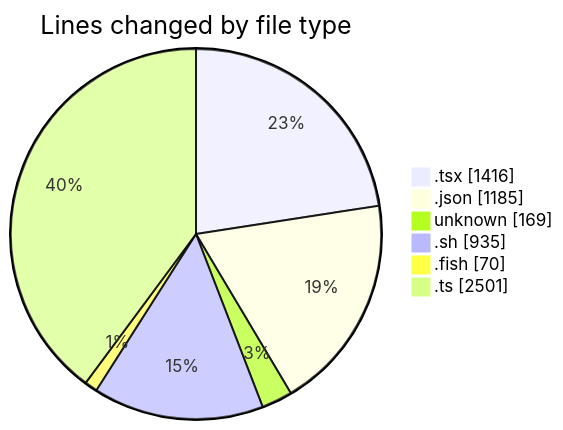
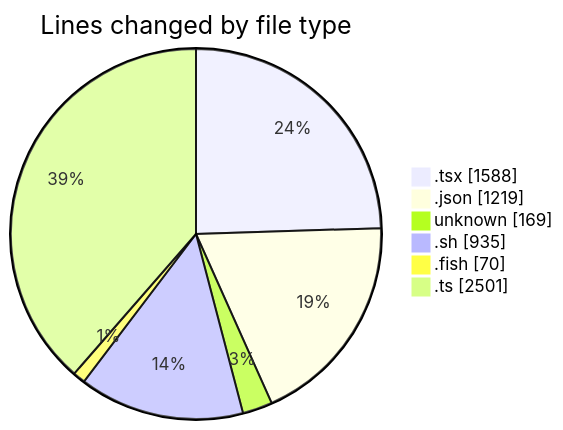
Before and after one commit to EIIisD/code-tracking: the first of 2 diagrams in 2025-07-17/ribbon/README.md, drawn with Mermaid. The commit also changed other lines of this file and 1 other file, not shown here.

````diff
--- a/2025-07-17/ribbon/README.md
+++ b/2025-07-17/ribbon/README.md
@@ -53,10 +53,10 @@
 ```mermaid
 pie showData
 title Lines changed by file type
-".tsx" : 1416
-".json" : 1185
+".tsx" : 1588
+".json" : 1219
 "unknown" : 169
 ".sh" : 935
 ".fish" : 70
 ".ts" : 2501
 ```
````
